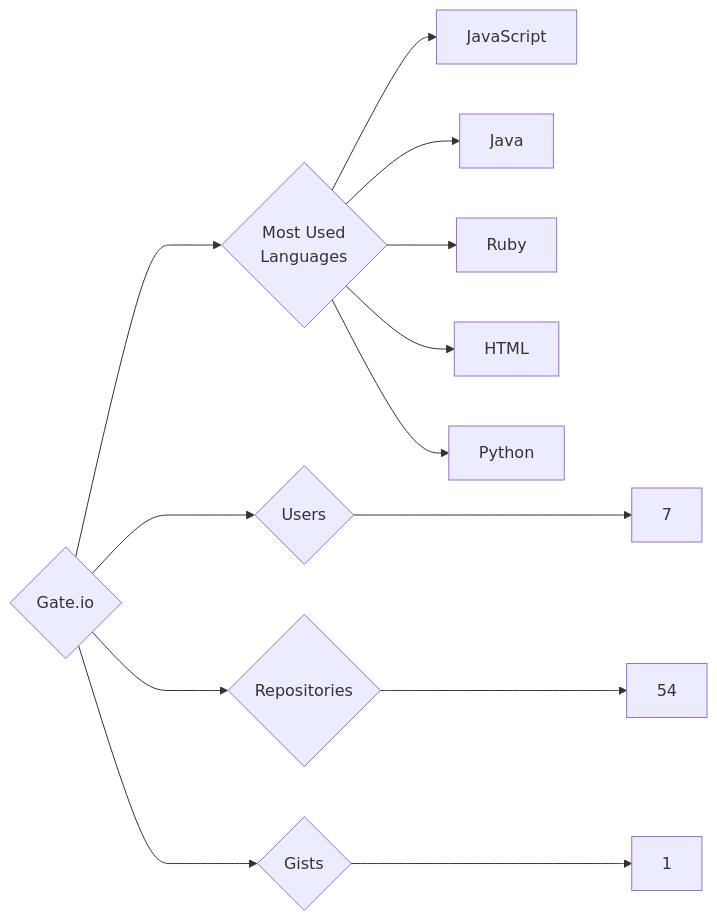
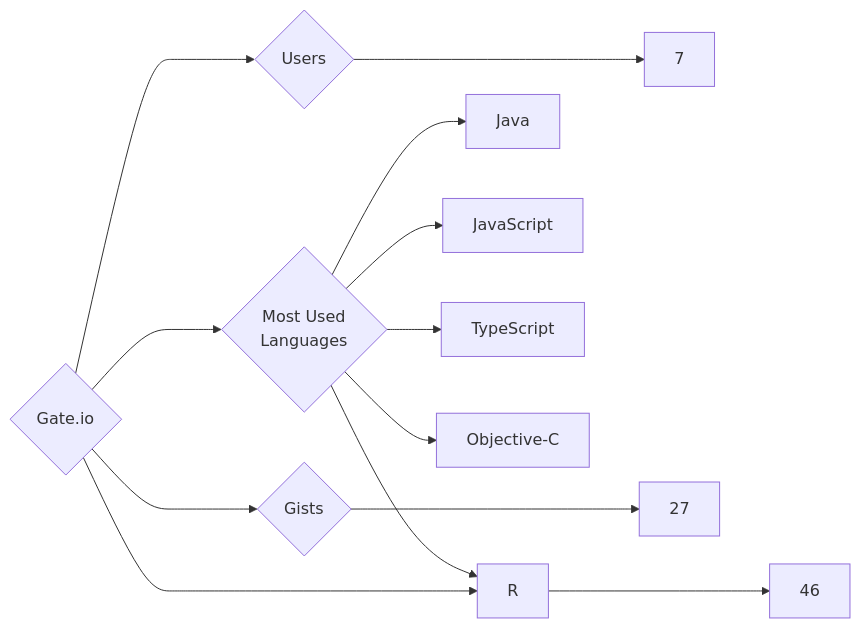
One commit to trickest/insiders changed the diagram in targets/Gate.io/README.md. Above: the diagram before and after it, drawn with Mermaid. The commit also changed 1170 other files, not shown here.

````diff
--- a/targets/Gate.io/README.md
+++ b/targets/Gate.io/README.md
@@ -3,13 +3,13 @@
 ```mermaid
 graph LR
 COMPANY_NAME{Gate.io}
 COMPANY_NAME ---> U{Users} ---> UN[7]
-COMPANY_NAME ---> R{Repositories} ---> RN[54]
-COMPANY_NAME ---> G{Gists} ---> GN[1]
+COMPANY_NAME ---> R{Repositories} ---> RN[46]
+COMPANY_NAME ---> G{Gists} ---> GN[27]
 COMPANY_NAME ---> ML{Most Used<br>Languages}
+ML --> Java[Java]
 ML --> JavaScript[JavaScript]
-ML --> Java[Java]
-ML --> Ruby[Ruby]
-ML --> HTML[HTML]
-ML --> Python[Python]
+ML --> TypeScript[TypeScript]
+ML --> R[R]
+ML --> Objective-C[Objective-C]
 ```
````
